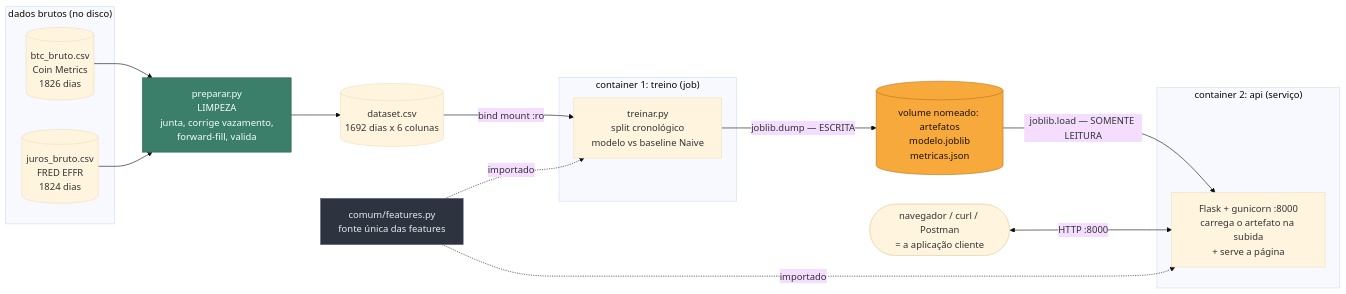
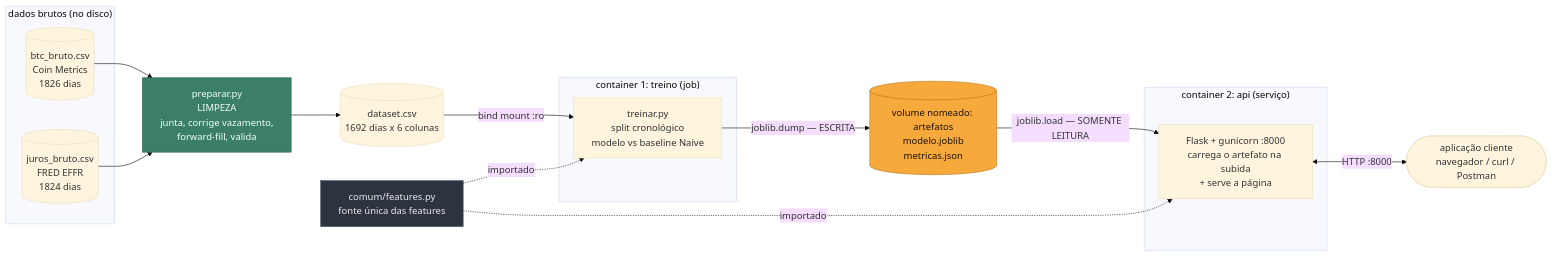
The first of 4 diagrams in uml/arquitetura.md (Leandro-Filho/Ponderada_Docker), drawn with Mermaid (base theme) before and after one commit. The commit also changed other lines of this file and 21 other files, not shown here.

Commit message:
docs: arrumando o diagrama uml para se encaixar com a api

````diff
--- a/uml/arquitetura.md
+++ b/uml/arquitetura.md
@@ -25,37 +25,37 @@
 ```mermaid
 flowchart LR
     subgraph FONTES["dados brutos (no disco)"]
       B[("btc_bruto.csv<br/>Coin Metrics<br/>1826 dias")]
       J[("juros_bruto.csv<br/>FRED EFFR<br/>1824 dias")]
     end
 
     P["preparar.py<br/>LIMPEZA<br/>junta, corrige vazamento,<br/>forward-fill, valida"]
     DS[("dataset.csv<br/>1692 dias x 6 colunas")]
 
     subgraph TREINO["container 1: treino (job)"]
       T["treinar.py<br/>split cronológico<br/>modelo vs baseline Naive"]
     end
 
     VOL[("volume nomeado: artefatos<br/>modelo.joblib<br/>metricas.json")]
 
     subgraph API["container 2: api (serviço)"]
       A["Flask + gunicorn :8000<br/>carrega o artefato na subida<br/>+ serve a página"]
     end
 
-    NAV(["navegador / curl / Postman<br/>= a aplicação cliente"])
     F["comum/features.py<br/>fonte única das features"]
+    NAV(["aplicação cliente<br/>navegador / curl / Postman"])
 
     B --> P
     J --> P
     P --> DS
     DS -->|"bind mount :ro"| T
     T  -->|"joblib.dump — ESCRITA"| VOL
     VOL -->|"joblib.load — SOMENTE LEITURA"| A
-    NAV <-->|"HTTP :8000"| A
+    A <-->|"HTTP :8000"| NAV
     F -.->|"importado"| T
     F -.->|"importado"| A
 
     style VOL fill:#f7a93b,stroke:#b8761f,color:#1a1205
     style P fill:#3b7f6b,stroke:#2a5d4e,color:#f0fff9
     style F fill:#2d3440,stroke:#4a556b,color:#e8eaed
 ```
````
